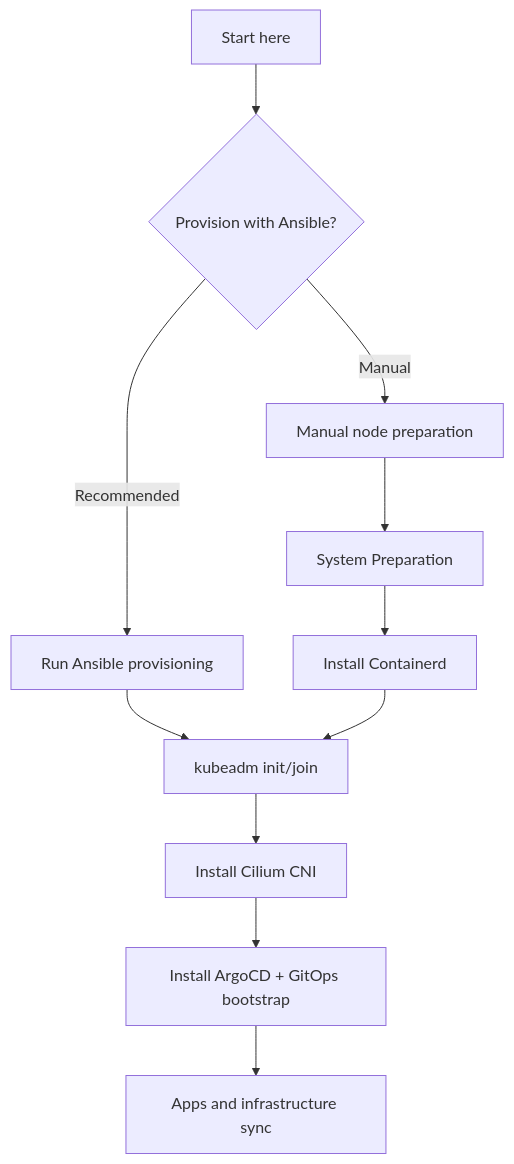
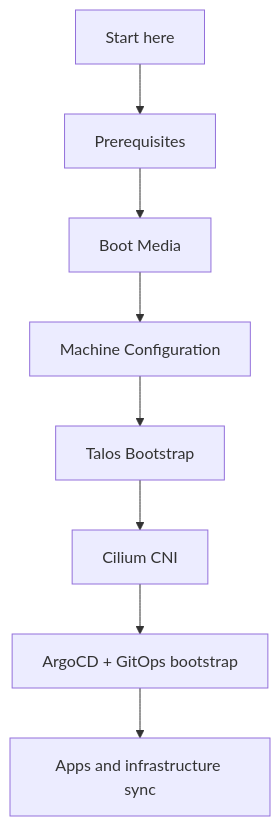
Before and after one commit to nsudhanva/homelab: the diagram in docs/src/content/docs/tutorials/index.md, drawn with Mermaid. The commit also changed other lines of this file and 80 other files, not shown here.

````diff
--- a/docs/src/content/docs/tutorials/index.md
+++ b/docs/src/content/docs/tutorials/index.md
@@ -20,13 +19,10 @@
 ```mermaid
 flowchart TD
-  Start["Start here"] --> Choice{"Provision with Ansible?"}
-  Choice -->|Recommended| Ansible["Run Ansible provisioning"]
-  Choice -->|Manual| Manual["Manual node preparation"]
-  Ansible --> Kubeadm["kubeadm init/join"]
-  Manual --> SystemPrep["System Preparation"]
-  SystemPrep --> Containerd["Install Containerd"]
-  Containerd --> Kubeadm
-  Kubeadm --> Cilium["Install Cilium CNI"]
-  Cilium --> Argo["Install ArgoCD + GitOps bootstrap"]
+  Start["Start here"] --> Prereq["Prerequisites"]
+  Prereq --> Media["Boot Media"]
+  Media --> MachineConfig["Machine Configuration"]
+  MachineConfig --> Bootstrap["Talos Bootstrap"]
+  Bootstrap --> Cilium["Cilium CNI"]
+  Cilium --> Argo["ArgoCD + GitOps bootstrap"]
   Argo --> Sync["Apps and infrastructure sync"]
 ```
````
